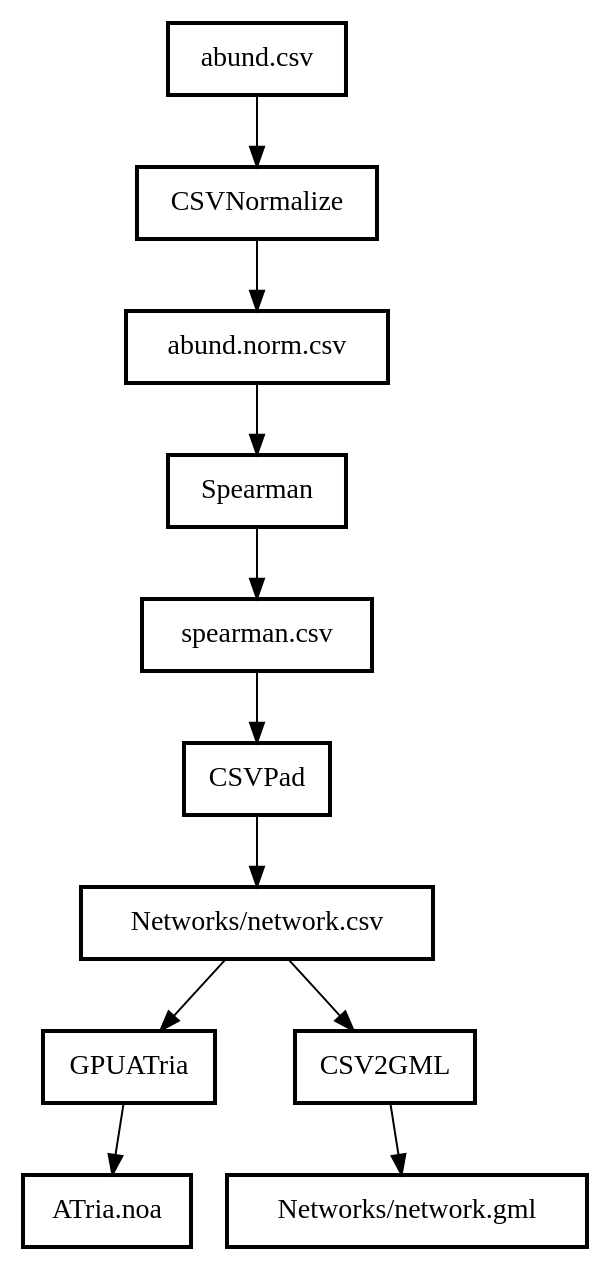
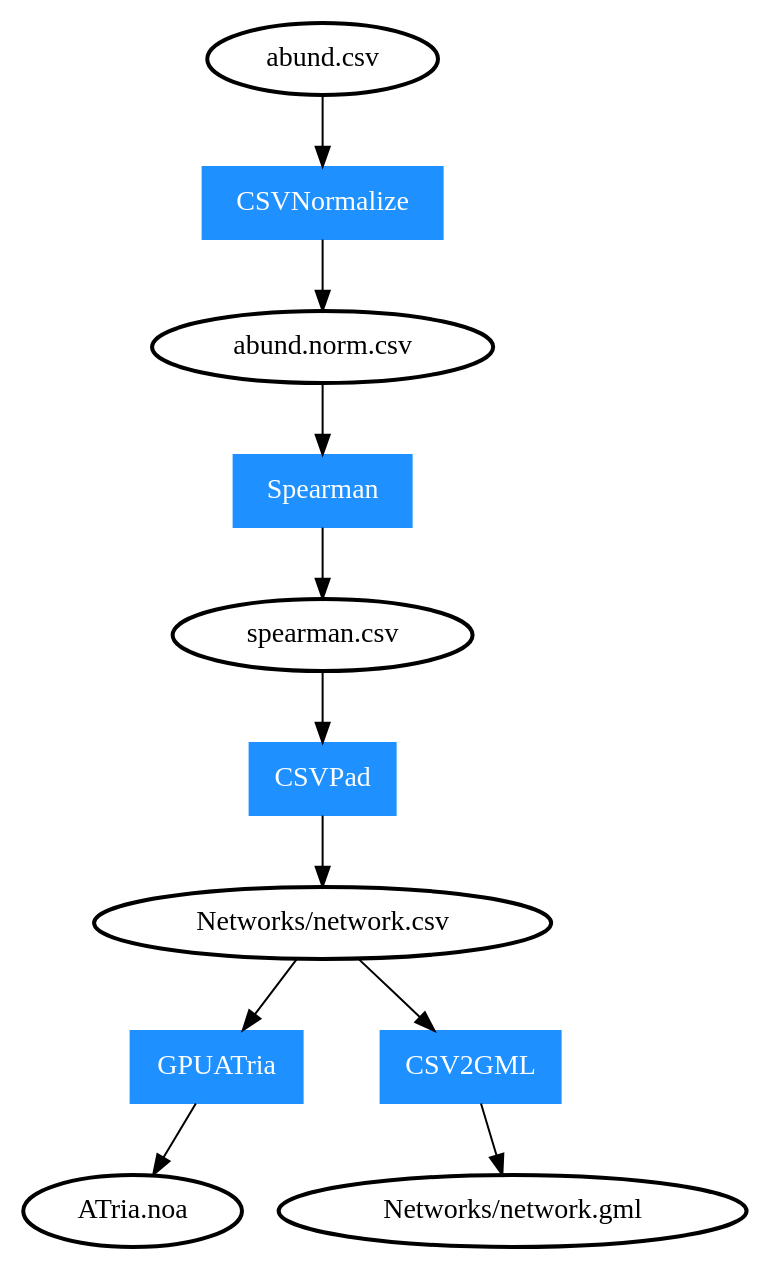
Before and after one commit to movingpictures83/PipeViz: the diagram in 00_Basic_DifferentFolder/mock/mockup.dot, drawn with Graphviz.

```diff
--- a/00_Basic_DifferentFolder/mock/mockup.dot
+++ b/00_Basic_DifferentFolder/mock/mockup.dot
@@ -1,8 +1,13 @@
 digraph G {
-	node [style=bold, shape=box];
-	"abund.csv"->"CSVNormalize"->"abund.norm.csv";
-	"abund.norm.csv"->"Spearman"->"spearman.csv";
-	"spearman.csv"->"CSVPad"->"Networks/network.csv";
-	"Networks/network.csv"->"GPUATria"->"ATria.noa";
-	"Networks/network.csv"->"CSV2GML"->"Networks/network.gml";
+	node [style=bold];
+	"abund.csv"->"0"->"abund.norm.csv";
+	"abund.norm.csv"->"1"->"spearman.csv";
+	"spearman.csv"->"2"->"Networks/network.csv";
+	"Networks/network.csv"->"3"->"ATria.noa";
+	"Networks/network.csv"->"4"->"Networks/network.gml";
+	"0" [label="CSVNormalize", shape=box, color=dodgerblue1, fontcolor=white, style=filled];
+	"1" [label="Spearman", shape=box, color=dodgerblue1, fontcolor=white, style=filled];
+	"2" [label="CSVPad", shape=box, color=dodgerblue1, fontcolor=white, style=filled];
+	"3" [label="GPUATria", shape=box, color=dodgerblue1, fontcolor=white, style=filled];
+	"4" [label="CSV2GML", shape=box, color=dodgerblue1, fontcolor=white, style=filled];
 }
```
